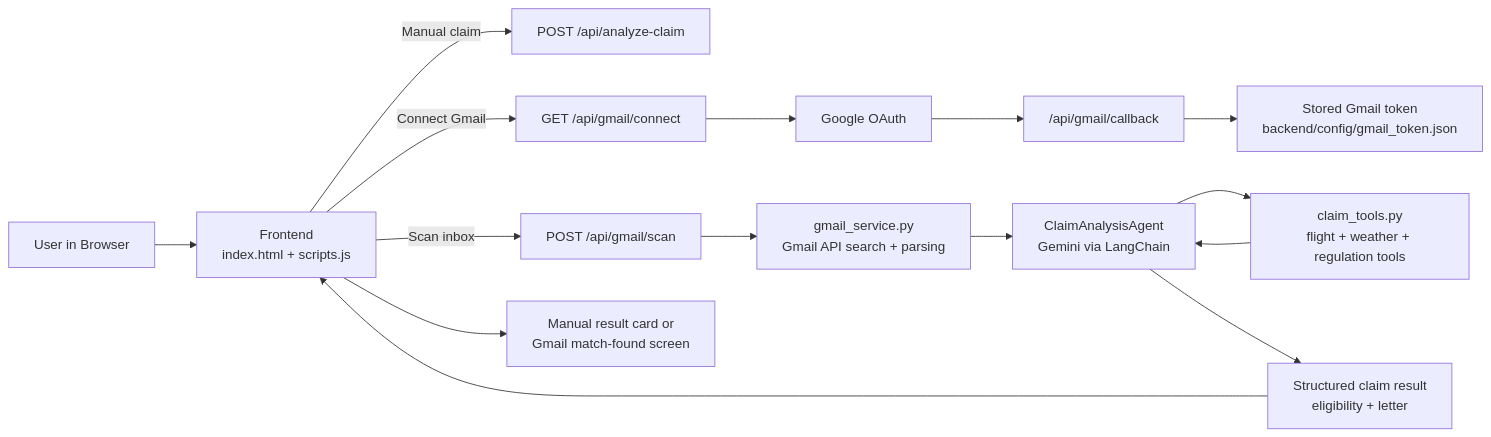
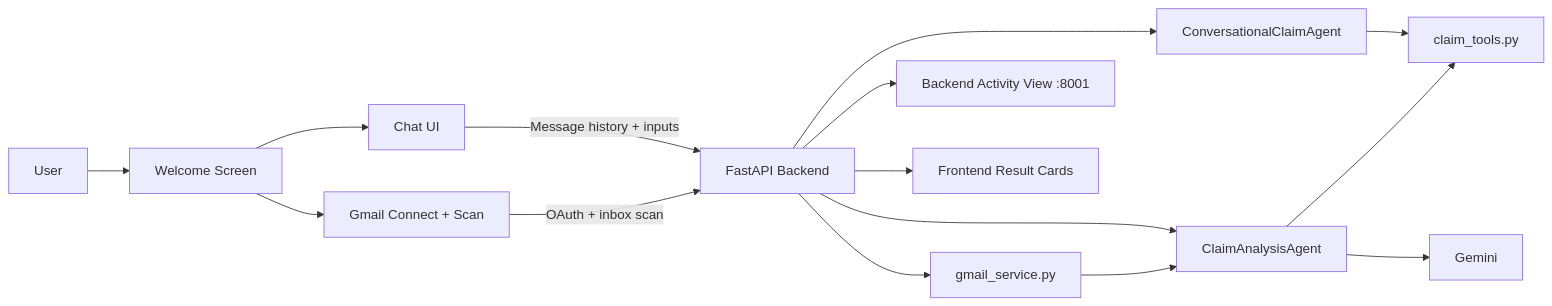
The first of 4 diagrams in README.md (entertainingrover01/Flight_Agent_V2), drawn with Mermaid before and after one commit. The commit also changed other lines of this file and 20 other files, not shown here.

````diff
--- a/README.md
+++ b/README.md
@@ -11,17 +46,21 @@
 ```mermaid
 flowchart LR
-    U["User in Browser"] --> F["Frontend<br/>index.html + scripts.js"]
-    F -->|"Manual claim"| A["POST /api/analyze-claim"]
-    F -->|"Connect Gmail"| O["GET /api/gmail/connect"]
-    O --> G["Google OAuth"]
-    G --> C["/api/gmail/callback"]
-    C --> T["Stored Gmail token<br/>backend/config/gmail_token.json"]
-    F -->|"Scan inbox"| S["POST /api/gmail/scan"]
-    S --> GM["gmail_service.py<br/>Gmail API search + parsing"]
-    GM --> AG["ClaimAnalysisAgent<br/>Gemini via LangChain"]
-    AG --> TL["claim_tools.py<br/>flight + weather + regulation tools"]
-    TL --> AG
-    AG --> R["Structured claim result<br/>eligibility + letter"]
-    R --> F
-    F --> V["Manual result card or<br/>Gmail match-found screen"]
+    U["User"] --> W["Welcome Screen"]
+    W --> C["Chat UI"]
+    W --> G1["Gmail Connect + Scan"]
+
+    C -->|"Message history + inputs"| API["FastAPI Backend"]
+    G1 -->|"OAuth + inbox scan"| API
+
+    API --> CHAT["ConversationalClaimAgent"]
+    API --> GMAIL["gmail_service.py"]
+    API --> CLAIM["ClaimAnalysisAgent"]
+
+    CHAT --> TOOLS["claim_tools.py"]
+    GMAIL --> CLAIM
+    CLAIM --> TOOLS
+    CLAIM --> GEM["Gemini"]
+
+    API --> DASH["Backend Activity View :8001"]
+    API --> UI["Frontend Result Cards"]
 ```
````
